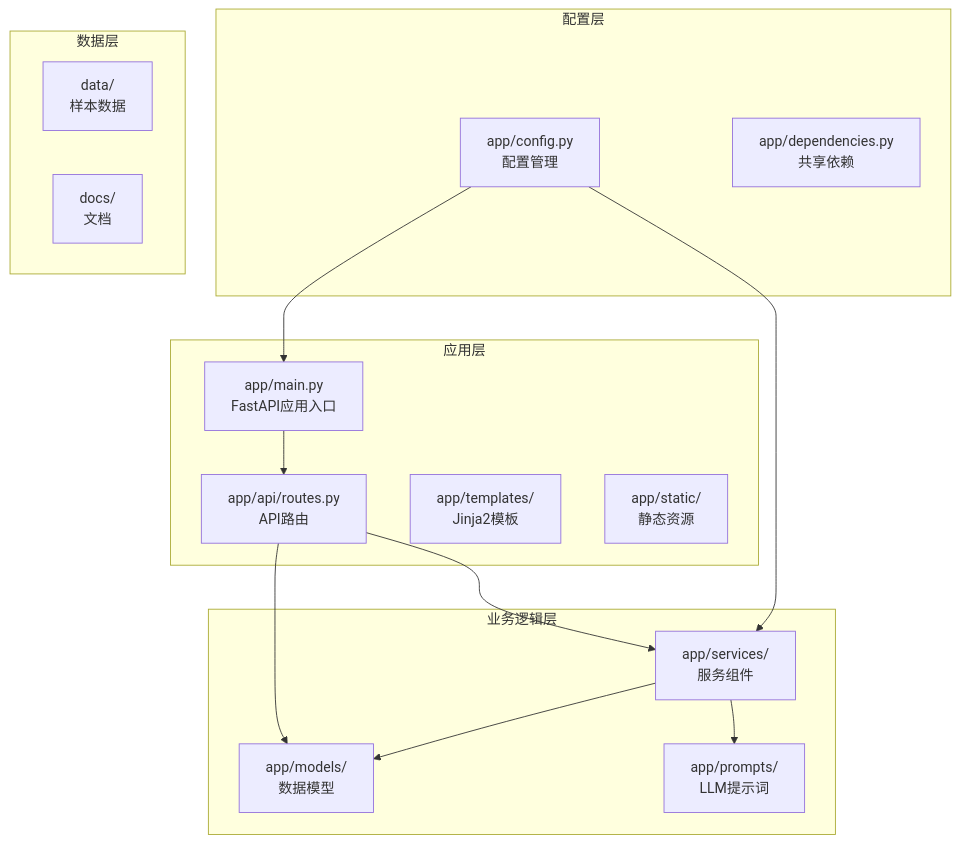
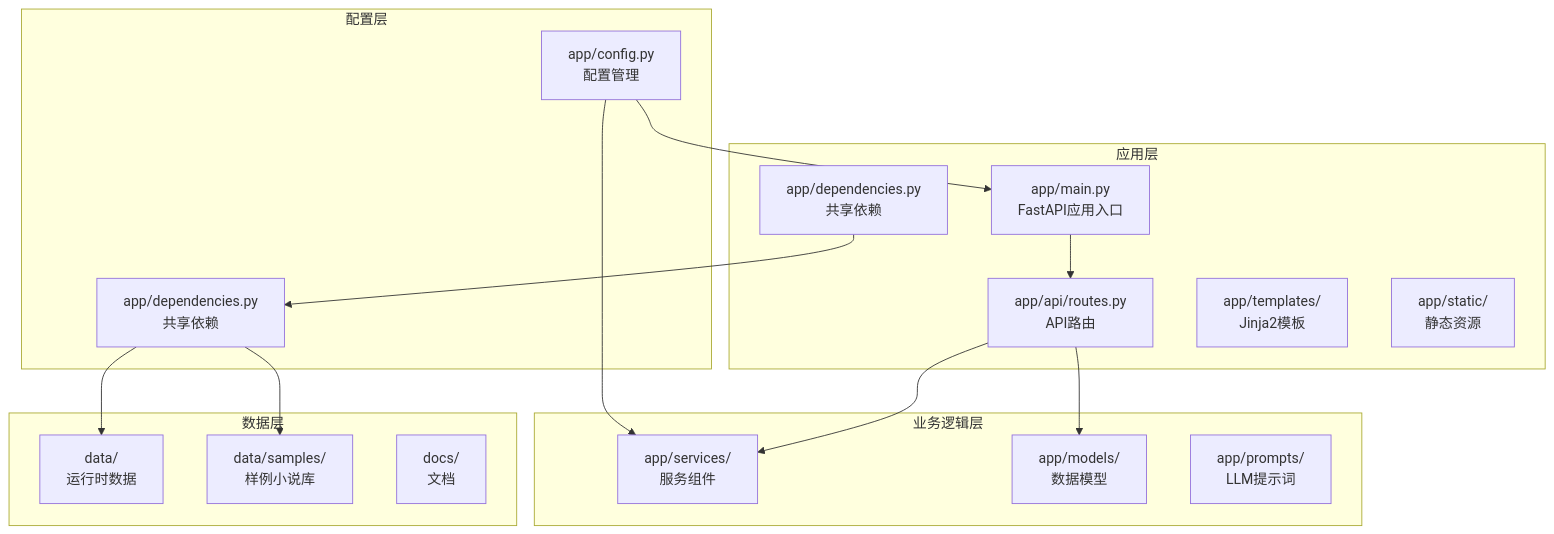
One commit to tjujingzong/Novel-to-Screenplay changed the first of 12 diagrams in .qoder/repowiki/zh/content/核心服务模块/样例小说系统.md. Above: the diagram before and after it, drawn with Mermaid. The commit also changed other lines of this file and 14 other files, not shown here.

````diff
--- a/.qoder/repowiki/zh/content/核心服务模块/样例小说系统.md
+++ b/.qoder/repowiki/zh/content/核心服务模块/样例小说系统.md
@@ -53,29 +64,32 @@
 ```mermaid
 graph TB
 subgraph "应用层"
 A[app/main.py<br/>FastAPI应用入口]
 B[app/api/routes.py<br/>API路由]
 C[app/templates/<br/>Jinja2模板]
 D[app/static/<br/>静态资源]
+E[app/dependencies.py<br/>共享依赖]
 end
 subgraph "业务逻辑层"
-E[app/services/<br/>服务组件]
-F[app/models/<br/>数据模型]
-G[app/prompts/<br/>LLM提示词]
+F[app/services/<br/>服务组件]
+G[app/models/<br/>数据模型]
+H[app/prompts/<br/>LLM提示词]
 end
 subgraph "配置层"
-H[app/config.py<br/>配置管理]
-I[app/dependencies.py<br/>共享依赖]
+I[app/config.py<br/>配置管理]
+J[app/dependencies.py<br/>共享依赖]
 end
 subgraph "数据层"
-J[data/<br/>样本数据]
-K[docs/<br/>文档]
+K[data/<br/>运行时数据]
+L[data/samples/<br/>样例小说库]
+M[docs/<br/>文档]
 end
 A --> B
-B --> E
 B --> F
-E --> F
-E --> G
-H --> A
-H --> E
+B --> G
+E --> J
+I --> A
+I --> F
+J --> K
+J --> L
 ```
````
